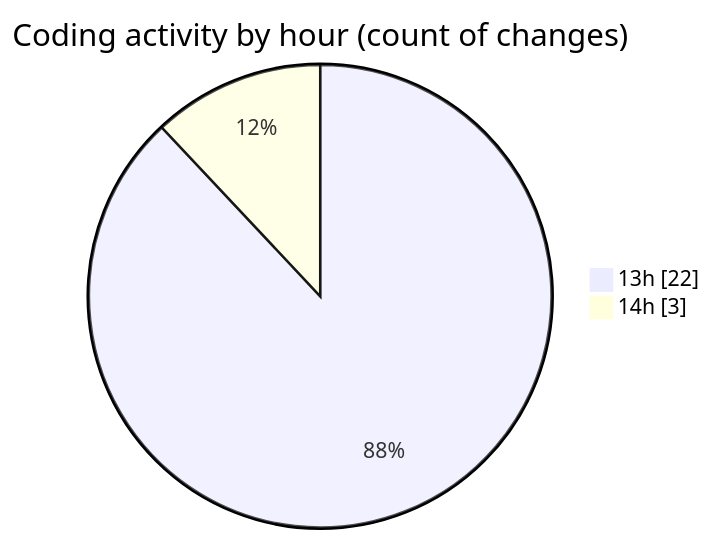
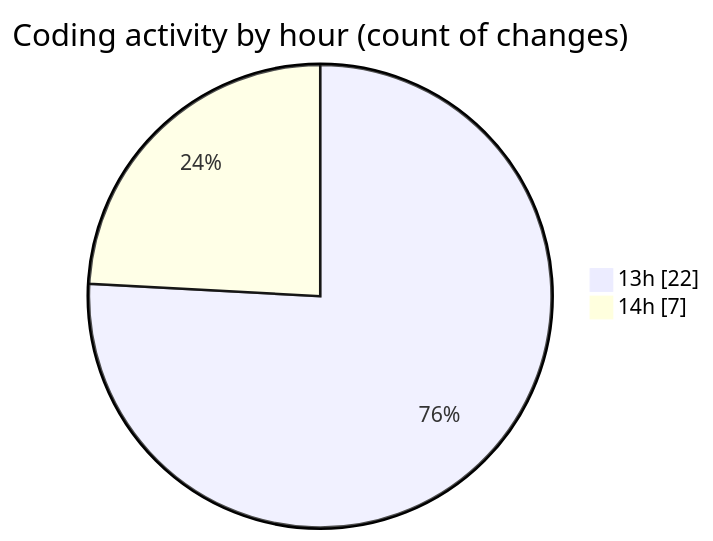
Before and after one commit to donsfak/code-tracking: the second of 2 diagrams in 2025-02-24/drivers_app/README.md, drawn with Mermaid. The commit also changed other lines of this file and 1 other file, not shown here.

````diff
--- a/2025-02-24/drivers_app/README.md
+++ b/2025-02-24/drivers_app/README.md
@@ -34,6 +34,6 @@
 ```mermaid
 pie showData
 title Coding activity by hour (count of changes)
 "13h" : 22
-"14h" : 3
+"14h" : 7
 ```
````
